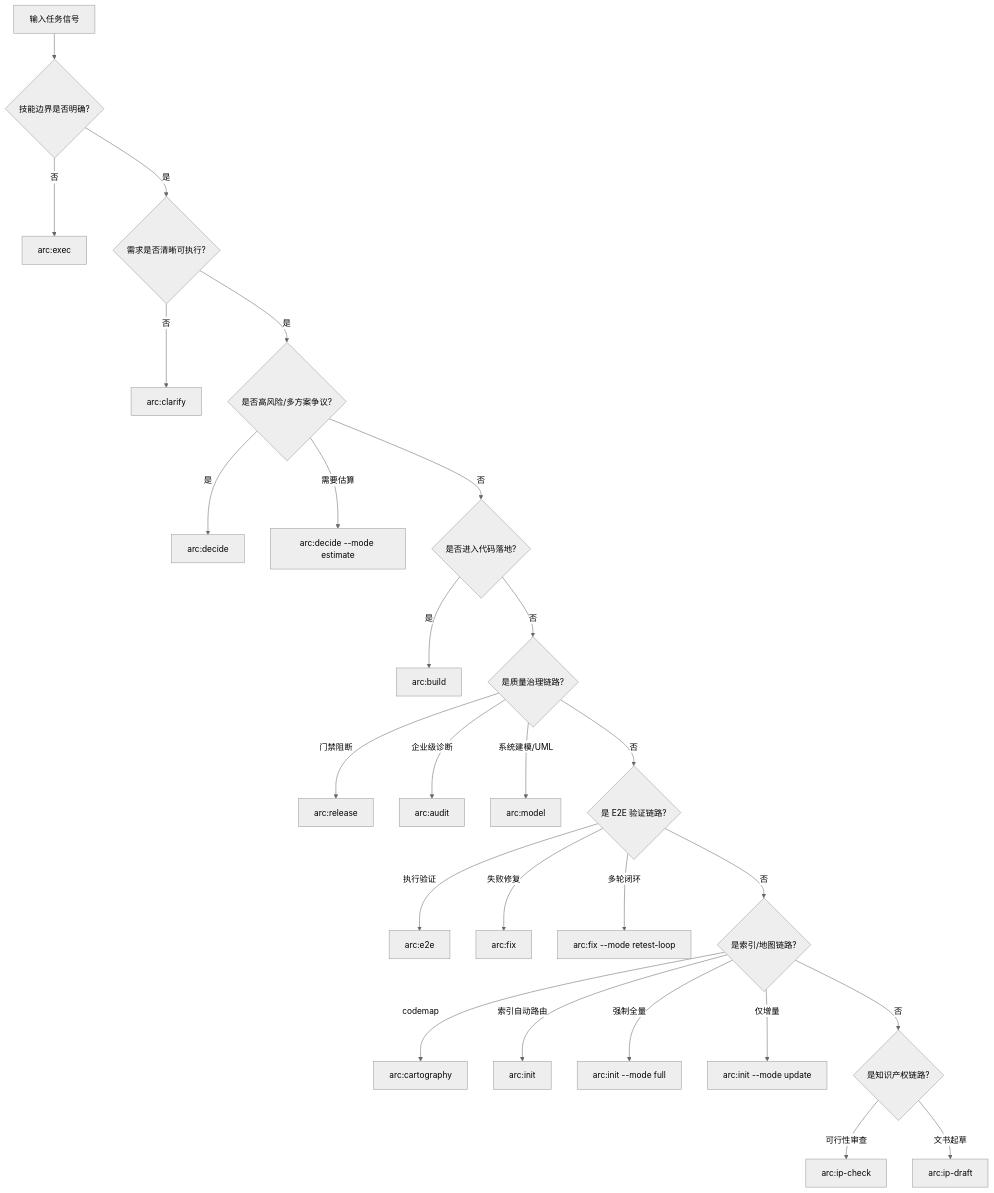
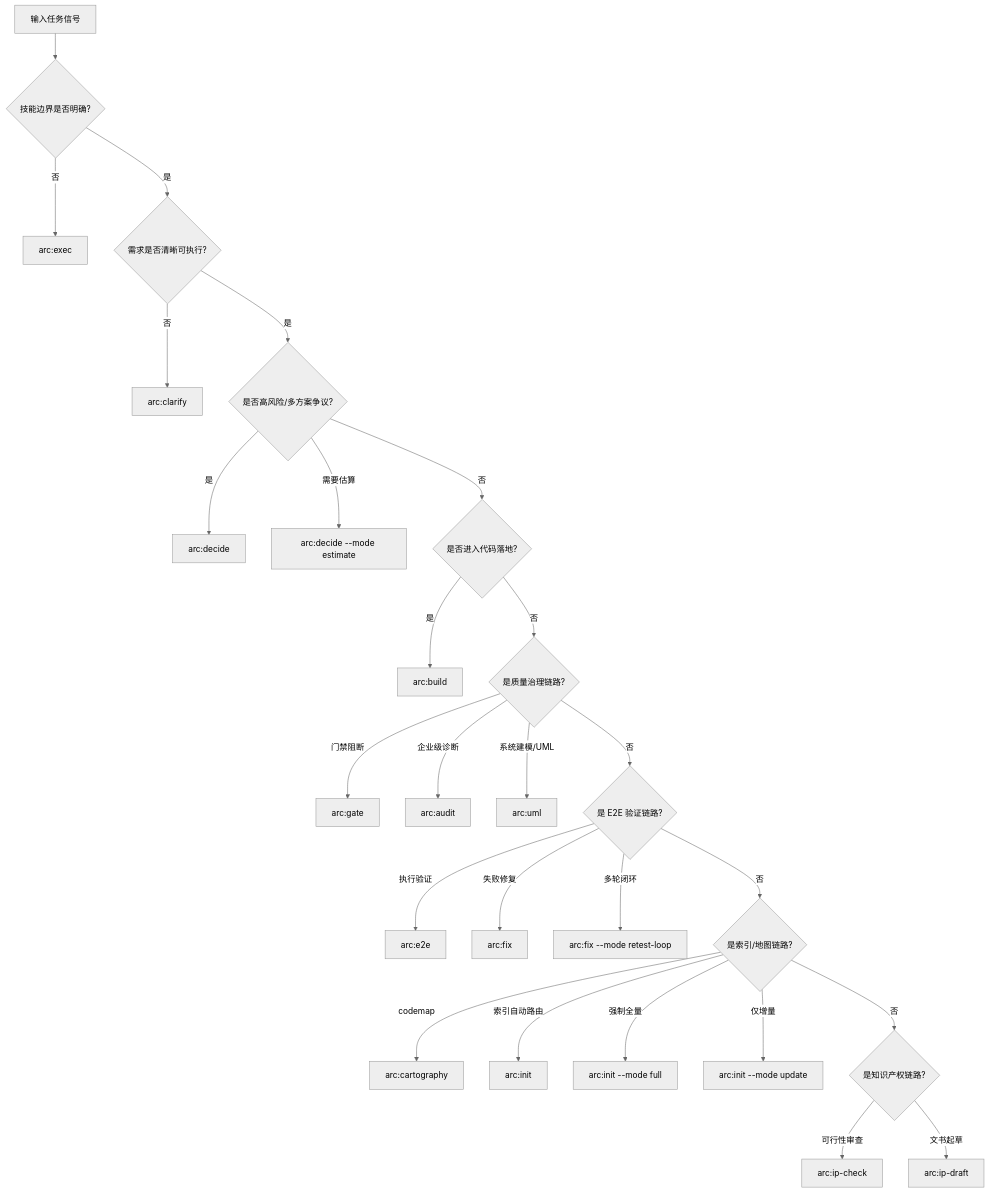
One commit to iwen-conf/Skills changed the diagram in docs/arc-routing-matrix.md. Above: the diagram before and after it, drawn with Mermaid (neutral theme). The commit also changed other lines of this file and 18 other files, not shown here.

Commit message:
refactor: unify arc skills naming and gate semantics

````diff
--- a/docs/arc-routing-matrix.md
+++ b/docs/arc-routing-matrix.md
@@ -24,28 +24,28 @@
 ```mermaid
 flowchart TD
     A["输入任务信号"] --> B{"技能边界是否明确?"}
     B -- "否" --> AG["arc:exec"]
     B -- "是" --> C{"需求是否清晰可执行?"}
     C -- "否" --> RF["arc:clarify"]
     C -- "是" --> D{"是否高风险/多方案争议?"}
     D -- "是" --> DL["arc:decide"]
     D -- "需要估算" --> EST["arc:decide --mode estimate"]
     D -- "否" --> E{"是否进入代码落地?"}
     E -- "是" --> IM["arc:build"]
     E -- "否" --> F{"是质量治理链路?"}
-    F -- "门禁阻断" --> GT["arc:release"]
+    F -- "门禁阻断" --> GT["arc:gate"]
     F -- "企业级诊断" --> RV["arc:audit"]
-    F -- "系统建模/UML" --> UML["arc:model"]
+    F -- "系统建模/UML" --> UML["arc:uml"]
     F -- "否" --> G{"是 E2E 验证链路?"}
     G -- "执行验证" --> SM["arc:e2e"]
     G -- "失败修复" --> TR["arc:fix"]
     G -- "多轮闭环" --> LP["arc:fix --mode retest-loop"]
     G -- "否" --> H{"是索引/地图链路?"}
     H -- "codemap" --> CT["arc:cartography"]
     H -- "索引自动路由" --> IN["arc:init"]
     H -- "强制全量" --> IF["arc:init --mode full"]
     H -- "仅增量" --> IU["arc:init --mode update"]
     H -- "否" --> I{"是知识产权链路?"}
     I -- "可行性审查" --> IA["arc:ip-check"]
     I -- "文书起草" --> ID["arc:ip-draft"]
 ```
````
